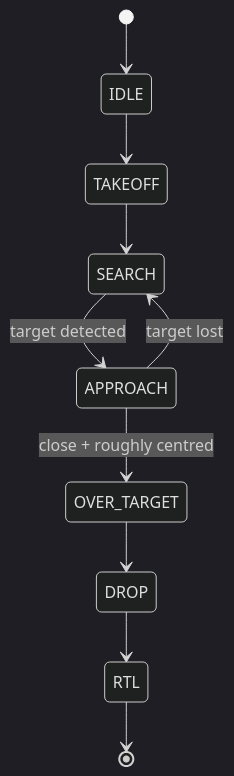
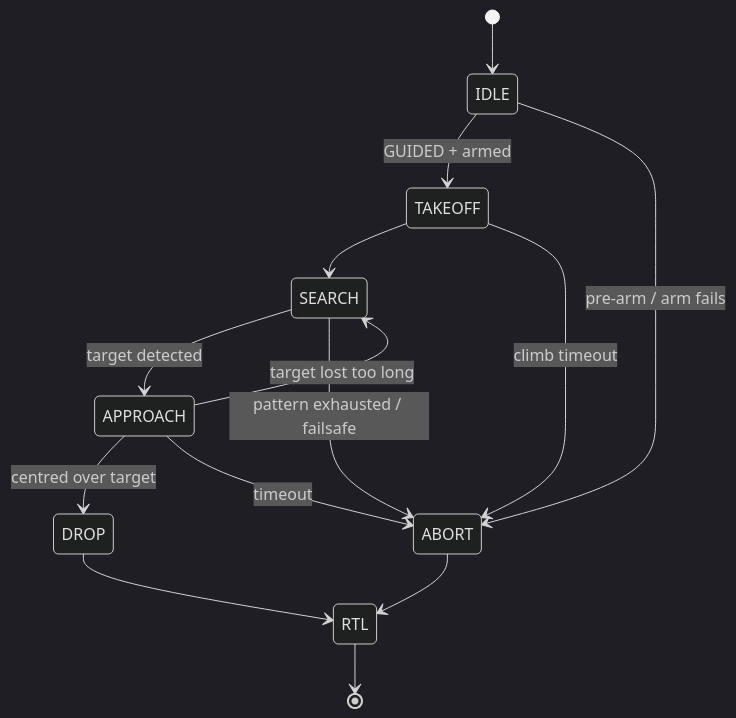
One commit to ki-drohnen-ss26/Pi-Code changed the third of 5 diagrams in docs/ARCHITECTURE.md. Above: the diagram before and after it, drawn with Mermaid (dark theme). The commit also changed other lines of this file and 15 other files, not shown here.

````diff
--- a/docs/ARCHITECTURE.md
+++ b/docs/ARCHITECTURE.md
@@ -89,12 +112,16 @@
 ```mermaid
 stateDiagram-v2
     [*] --> IDLE
-    IDLE --> TAKEOFF
+    IDLE --> TAKEOFF: GUIDED + armed
+    IDLE --> ABORT: pre-arm / arm fails
     TAKEOFF --> SEARCH
+    TAKEOFF --> ABORT: climb timeout
     SEARCH --> APPROACH: target detected
-    APPROACH --> OVER_TARGET: close + roughly centred
-    APPROACH --> SEARCH: target lost
-    OVER_TARGET --> DROP
+    SEARCH --> ABORT: pattern exhausted / failsafe
+    APPROACH --> DROP: centred over target
+    APPROACH --> SEARCH: target lost too long
+    APPROACH --> ABORT: timeout
     DROP --> RTL
+    ABORT --> RTL
     RTL --> [*]
 ```
````
